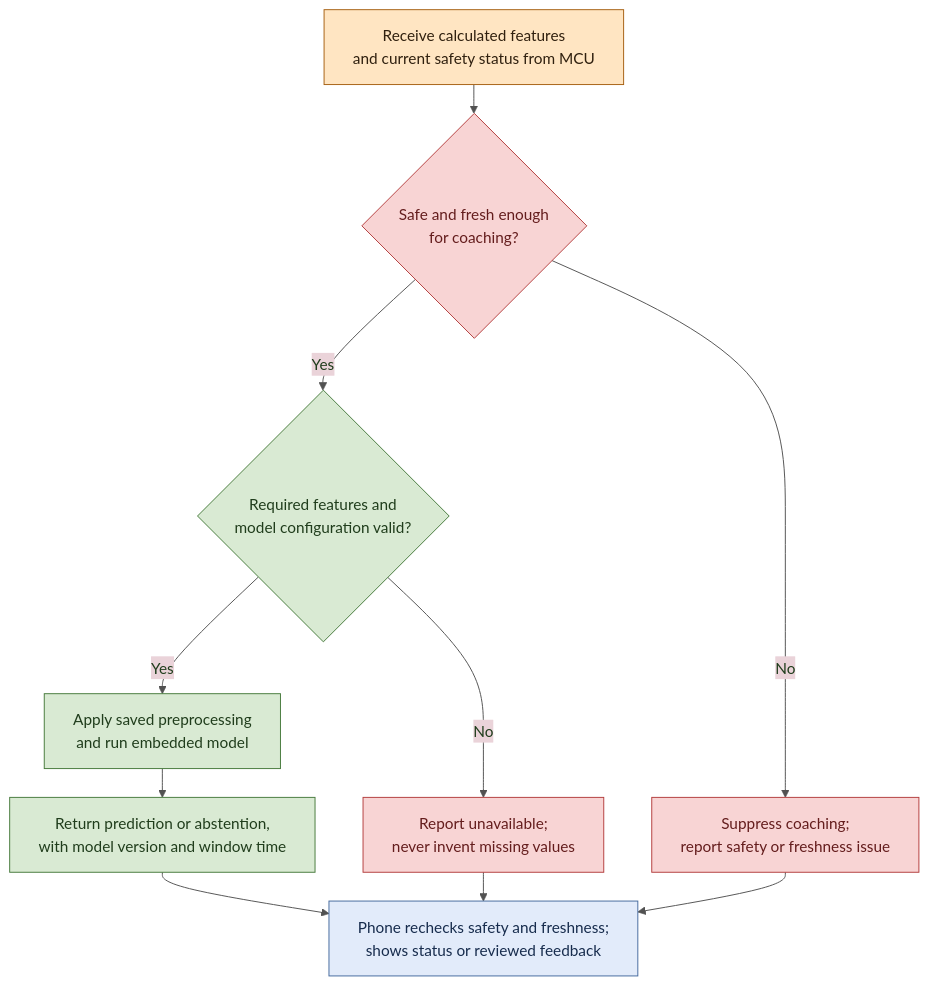
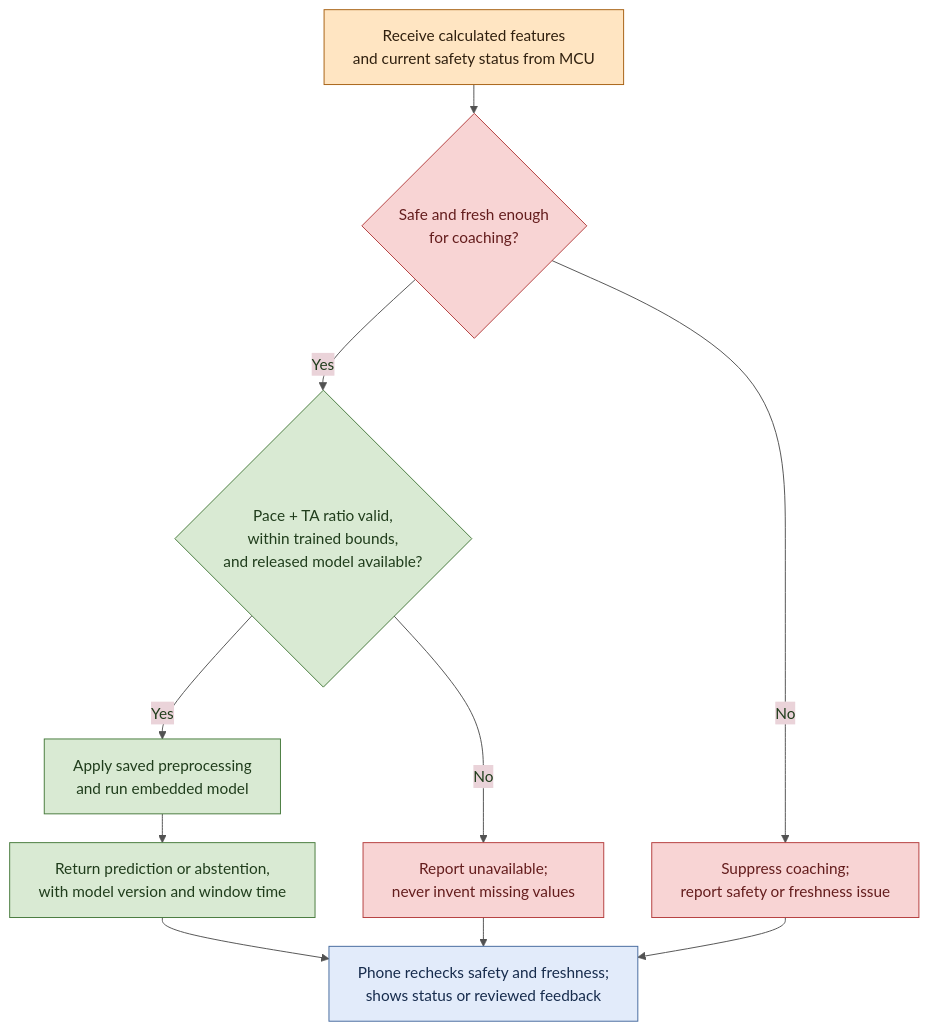
The second of 2 diagrams in software-documentation/ml-flow.md (ARRR-Coen-Elec-490/docs), drawn with Mermaid before and after one commit. The commit also changed other lines of this file and 13 other files, not shown here.

````diff
--- a/software-documentation/ml-flow.md
+++ b/software-documentation/ml-flow.md
@@ -37,22 +34,22 @@
 ```mermaid
 %%{init: {"theme": "base", "themeVariables": {"fontSize": "16px", "primaryColor": "#D9EAD3", "primaryBorderColor": "#477A3C", "primaryTextColor": "#203D1C", "lineColor": "#525252"}, "flowchart": {"wrappingWidth": 300, "rankSpacing": 30}}}%%
 flowchart TD
     accTitle: Use the embedded model during a session
     accDescr: Use compatible valid features, keep safety independent, abstain when necessary, and recheck freshness before app feedback.
     input["Receive calculated features<br/>and current safety status from MCU"]
     input --> safe{"Safe and fresh enough<br/>for coaching?"}
     safe -->|No| suppress["Suppress coaching;<br/>report safety or freshness issue"]
-    safe -->|Yes| valid{"Required features and<br/>model configuration valid?"}
+    safe -->|Yes| valid{"Pace + TA ratio valid,<br/>within trained bounds,<br/>and released model available?"}
     valid -->|No| unavailable["Report unavailable;<br/>never invent missing values"]
     valid -->|Yes| predict["Apply saved preprocessing<br/>and run embedded model"]
     predict --> result["Return prediction or abstention,<br/>with model version and window time"]
     result --> app["Phone rechecks safety and freshness;<br/>shows status or reviewed feedback"]
     unavailable --> app
     suppress --> app
     classDef mcu fill:#FFE5C2,stroke:#A66012,color:#30200F
     classDef phone fill:#E2EBFA,stroke:#456A9E,color:#172C4D
     classDef danger fill:#F8D4D4,stroke:#B43D3D,color:#641D1D
     class input mcu
     class app phone
     class safe,suppress,unavailable danger
 ```
````
